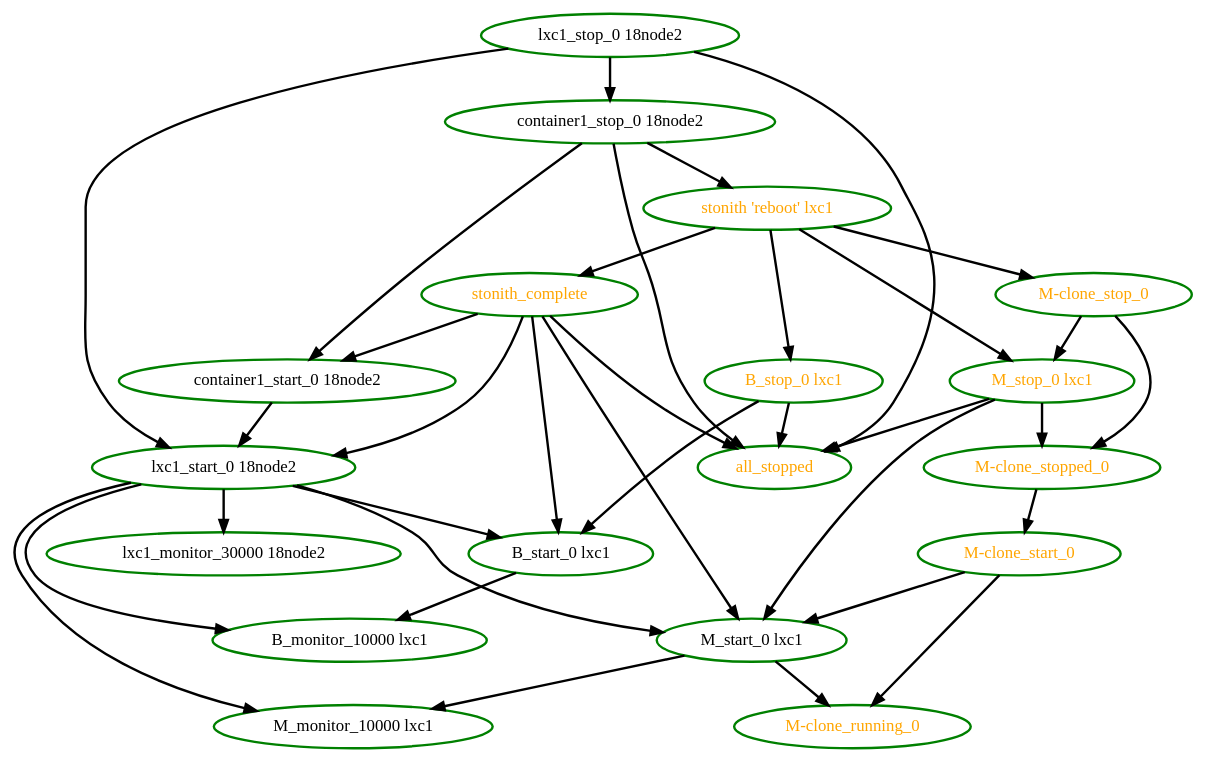
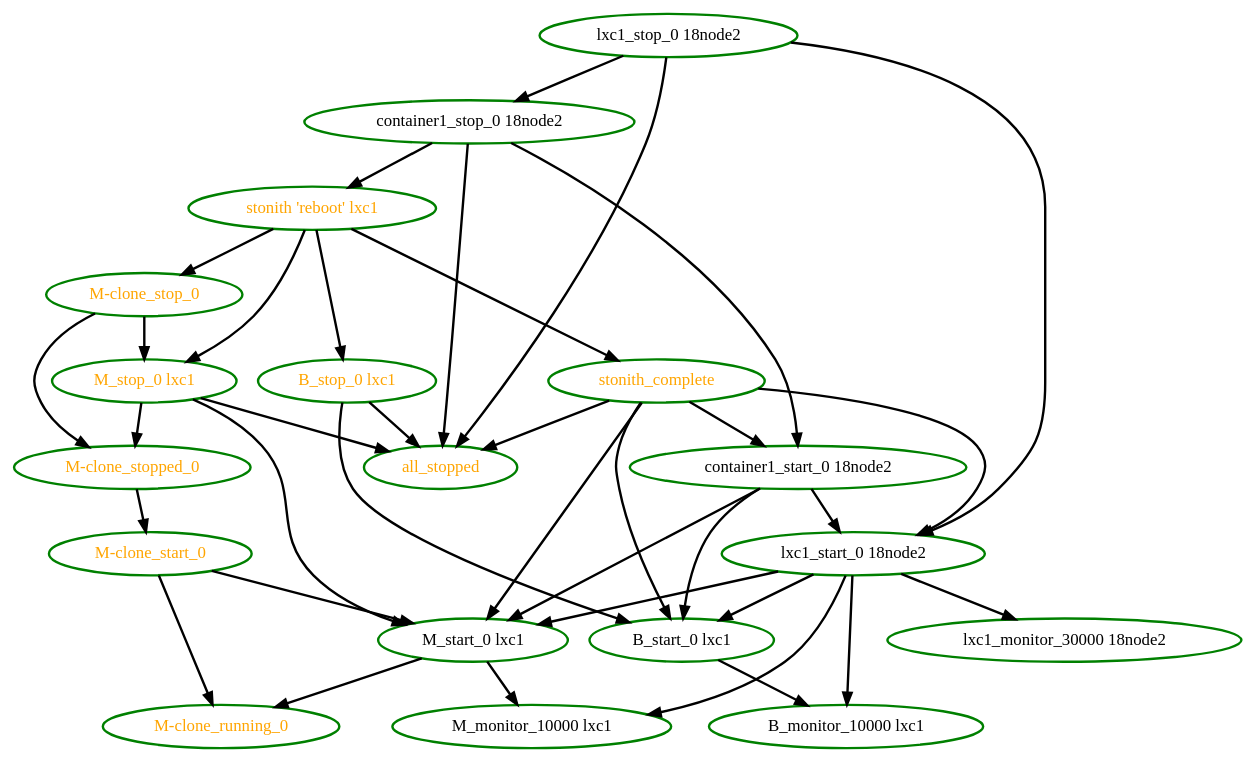
One commit to ClusterLabs/pacemaker changed the diagram in pengine/test10/whitebox-fail1.dot. Above: the diagram before and after it, drawn with Graphviz. The commit also changed 27 other files, not shown here.

```diff
--- a/pengine/test10/whitebox-fail1.dot
+++ b/pengine/test10/whitebox-fail1.dot
@@ -1,54 +1,56 @@
 digraph "g" {
 "B_monitor_10000 lxc1" [ style=bold color="green" fontcolor="black"]
 "B_start_0 lxc1" -> "B_monitor_10000 lxc1" [ style = bold]
 "B_start_0 lxc1" [ style=bold color="green" fontcolor="black"]
 "B_stop_0 lxc1" -> "B_start_0 lxc1" [ style = bold]
 "B_stop_0 lxc1" -> "all_stopped" [ style = bold]
 "B_stop_0 lxc1" [ style=bold color="green" fontcolor="orange"]
 "M-clone_running_0" [ style=bold color="green" fontcolor="orange"]
 "M-clone_start_0" -> "M-clone_running_0" [ style = bold]
 "M-clone_start_0" -> "M_start_0 lxc1" [ style = bold]
 "M-clone_start_0" [ style=bold color="green" fontcolor="orange"]
 "M-clone_stop_0" -> "M-clone_stopped_0" [ style = bold]
 "M-clone_stop_0" -> "M_stop_0 lxc1" [ style = bold]
 "M-clone_stop_0" [ style=bold color="green" fontcolor="orange"]
 "M-clone_stopped_0" -> "M-clone_start_0" [ style = bold]
 "M-clone_stopped_0" [ style=bold color="green" fontcolor="orange"]
 "M_monitor_10000 lxc1" [ style=bold color="green" fontcolor="black"]
 "M_start_0 lxc1" -> "M-clone_running_0" [ style = bold]
 "M_start_0 lxc1" -> "M_monitor_10000 lxc1" [ style = bold]
 "M_start_0 lxc1" [ style=bold color="green" fontcolor="black"]
 "M_stop_0 lxc1" -> "M-clone_stopped_0" [ style = bold]
 "M_stop_0 lxc1" -> "M_start_0 lxc1" [ style = bold]
 "M_stop_0 lxc1" -> "all_stopped" [ style = bold]
 "M_stop_0 lxc1" [ style=bold color="green" fontcolor="orange"]
 "all_stopped" [ style=bold color="green" fontcolor="orange"]
+"container1_start_0 18node2" -> "B_start_0 lxc1" [ style = bold]
+"container1_start_0 18node2" -> "M_start_0 lxc1" [ style = bold]
 "container1_start_0 18node2" -> "lxc1_start_0 18node2" [ style = bold]
 "container1_start_0 18node2" [ style=bold color="green" fontcolor="black"]
 "container1_stop_0 18node2" -> "all_stopped" [ style = bold]
 "container1_stop_0 18node2" -> "container1_start_0 18node2" [ style = bold]
 "container1_stop_0 18node2" -> "stonith 'reboot' lxc1" [ style = bold]
 "container1_stop_0 18node2" [ style=bold color="green" fontcolor="black"]
 "lxc1_monitor_30000 18node2" [ style=bold color="green" fontcolor="black"]
 "lxc1_start_0 18node2" -> "B_monitor_10000 lxc1" [ style = bold]
 "lxc1_start_0 18node2" -> "B_start_0 lxc1" [ style = bold]
 "lxc1_start_0 18node2" -> "M_monitor_10000 lxc1" [ style = bold]
 "lxc1_start_0 18node2" -> "M_start_0 lxc1" [ style = bold]
 "lxc1_start_0 18node2" -> "lxc1_monitor_30000 18node2" [ style = bold]
 "lxc1_start_0 18node2" [ style=bold color="green" fontcolor="black"]
 "lxc1_stop_0 18node2" -> "all_stopped" [ style = bold]
 "lxc1_stop_0 18node2" -> "container1_stop_0 18node2" [ style = bold]
 "lxc1_stop_0 18node2" -> "lxc1_start_0 18node2" [ style = bold]
 "lxc1_stop_0 18node2" [ style=bold color="green" fontcolor="black"]
 "stonith 'reboot' lxc1" -> "B_stop_0 lxc1" [ style = bold]
 "stonith 'reboot' lxc1" -> "M-clone_stop_0" [ style = bold]
 "stonith 'reboot' lxc1" -> "M_stop_0 lxc1" [ style = bold]
 "stonith 'reboot' lxc1" -> "stonith_complete" [ style = bold]
 "stonith 'reboot' lxc1" [ style=bold color="green" fontcolor="orange"]
 "stonith_complete" -> "B_start_0 lxc1" [ style = bold]
 "stonith_complete" -> "M_start_0 lxc1" [ style = bold]
 "stonith_complete" -> "all_stopped" [ style = bold]
 "stonith_complete" -> "container1_start_0 18node2" [ style = bold]
 "stonith_complete" -> "lxc1_start_0 18node2" [ style = bold]
 "stonith_complete" [ style=bold color="green" fontcolor="orange"]
 }
```
